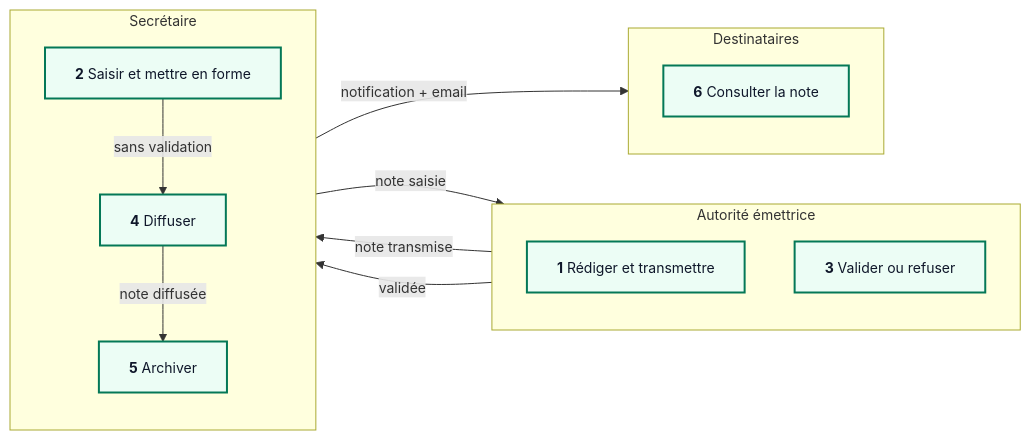
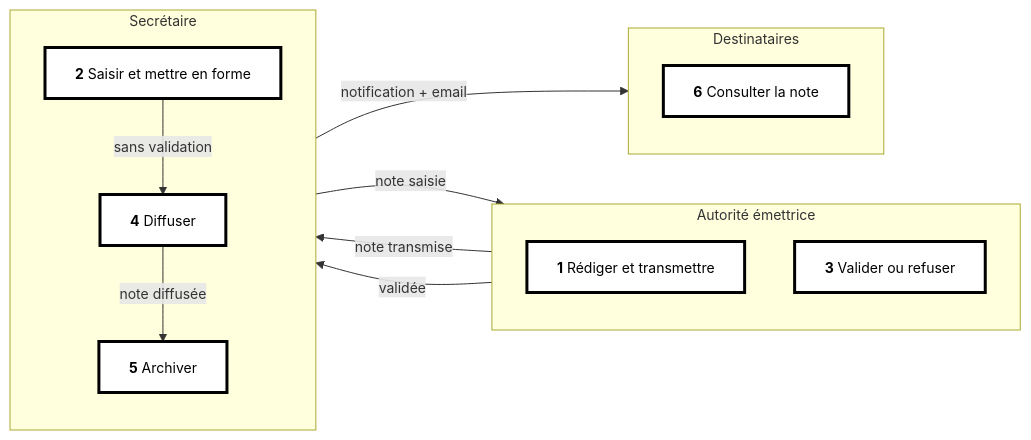
Before and after one commit to MOMOBHY/APPLARAVEL: the tenth of 10 diagrams in docs/MERISE.md, drawn with Mermaid. The commit also changed other lines of this file and 1 other file, not shown here.

````diff
--- a/docs/MERISE.md
+++ b/docs/MERISE.md
@@ -421,27 +421,27 @@
 ```mermaid
 %%{init: {'flowchart': {'htmlLabels': true, 'curve': 'basis'}, 'themeVariables': {'fontSize': '14px'}}}%%
 flowchart LR
-  classDef op fill:#ecfdf5,stroke:#047857,stroke-width:2px,color:#0f172a
-  classDef ko fill:#fef2f2,stroke:#d03b3b,stroke-width:2px,color:#0f172a
+  classDef op fill:#ffffff,stroke:#000000,stroke-width:3px,color:#000000
+  classDef ko fill:#ffffff,stroke:#000000,stroke-width:2px,stroke-dasharray:2 3,color:#000000
   subgraph L1["Autorité émettrice"]
     direction TB
     u1["<b>1</b> Rédiger et transmettre"]:::op
     u3["<b>3</b> Valider ou refuser"]:::op
   end
   subgraph L2["Secrétaire"]
     direction TB
     s1["<b>2</b> Saisir et mettre en forme"]:::op
     s2["<b>4</b> Diffuser"]:::op
     s3["<b>5</b> Archiver"]:::op
   end
   subgraph L3["Destinataires"]
     direction TB
     x1["<b>6</b> Consulter la note"]:::op
   end
   u1 -->|"note transmise"| s1
   s1 -->|"note saisie"| u3
   u3 -->|"validée"| s2
   s1 -->|"sans validation"| s2
   s2 -->|"notification + email"| x1
   s2 -->|"note diffusée"| s3
 ```
````
